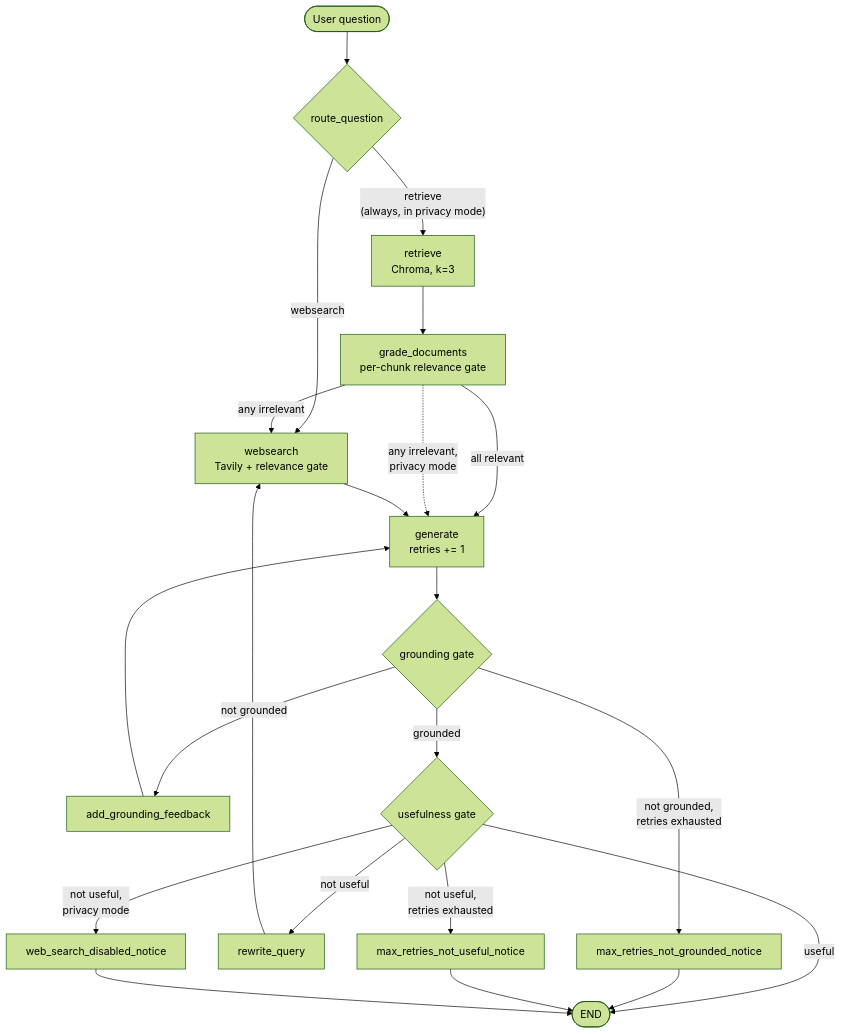
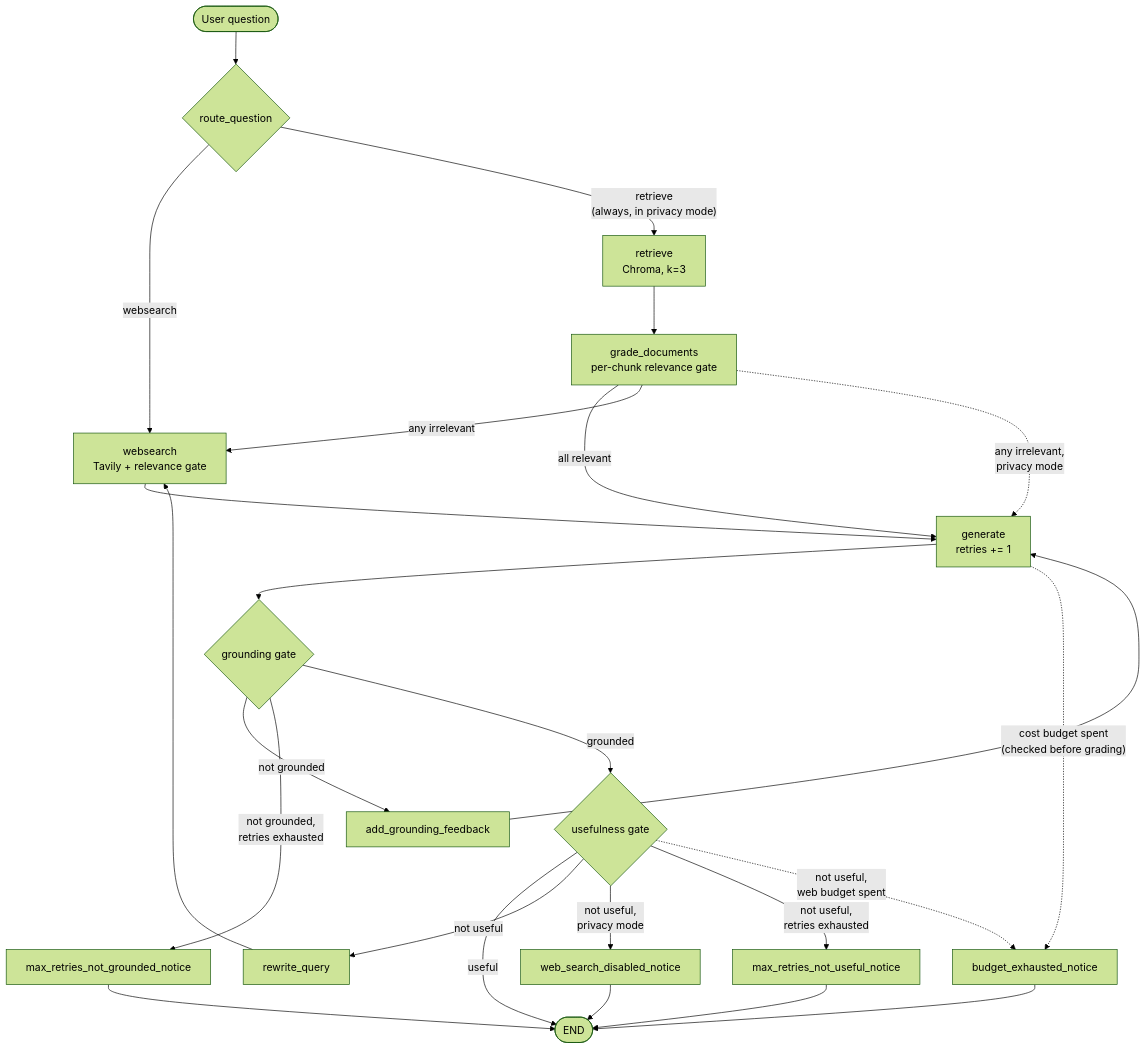
One commit to rhenus-Q/Enterprise-Office-Agent changed the diagram in structure.md. Above: the diagram before and after it, drawn with Mermaid (forest theme). The commit also changed other lines of this file and 17 other files, not shown here.

````diff
--- a/structure.md
+++ b/structure.md
@@ -118,29 +128,32 @@
 ```mermaid
 flowchart TD
     Q([User question]) --> ROUTE{route_question}
 
     ROUTE -- "websearch" --> WS[websearch<br/>Tavily + relevance gate]
     ROUTE -- "retrieve<br/>(always, in privacy mode)" --> RET[retrieve<br/>Chroma, k=3]
 
     RET --> GD[grade_documents<br/>per-chunk relevance gate]
     GD -- "all relevant" --> GEN[generate<br/>retries += 1]
     GD -- "any irrelevant" --> WS
     GD -. "any irrelevant,<br/>privacy mode" .-> GEN
     WS --> GEN
 
     GEN --> HG{grounding gate}
     HG -- "not grounded" --> FB[add_grounding_feedback]
     FB --> GEN
     HG -- "not grounded,<br/>retries exhausted" --> N1[max_retries_not_grounded_notice]
     HG -- "grounded" --> AG{usefulness gate}
 
     AG -- "useful" --> E([END])
     AG -- "not useful" --> RW[rewrite_query]
     RW --> WS
     AG -- "not useful,<br/>privacy mode" --> N3[web_search_disabled_notice]
     AG -- "not useful,<br/>retries exhausted" --> N2[max_retries_not_useful_notice]
+    GEN -. "cost budget spent<br/>(checked before grading)" .-> N4[budget_exhausted_notice]
+    AG -. "not useful,<br/>web budget spent" .-> N4
 
     N1 --> E
     N2 --> E
     N3 --> E
+    N4 --> E
 ```
````
